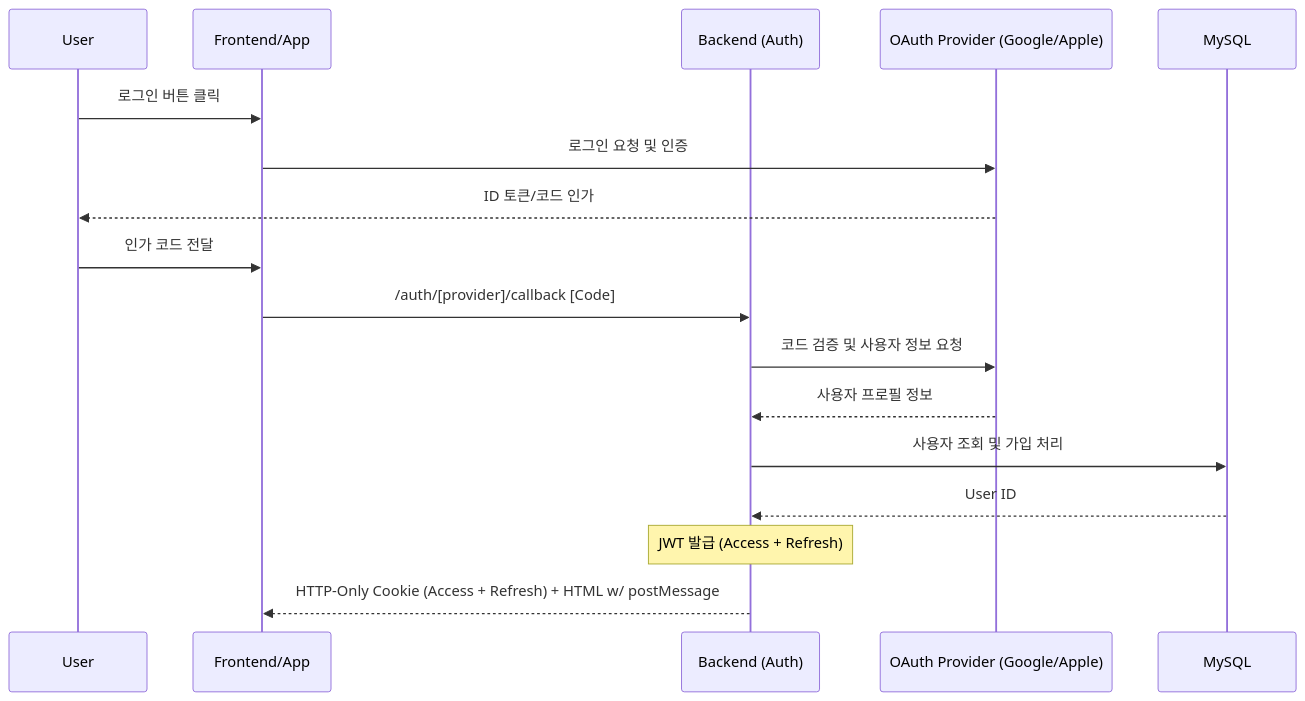
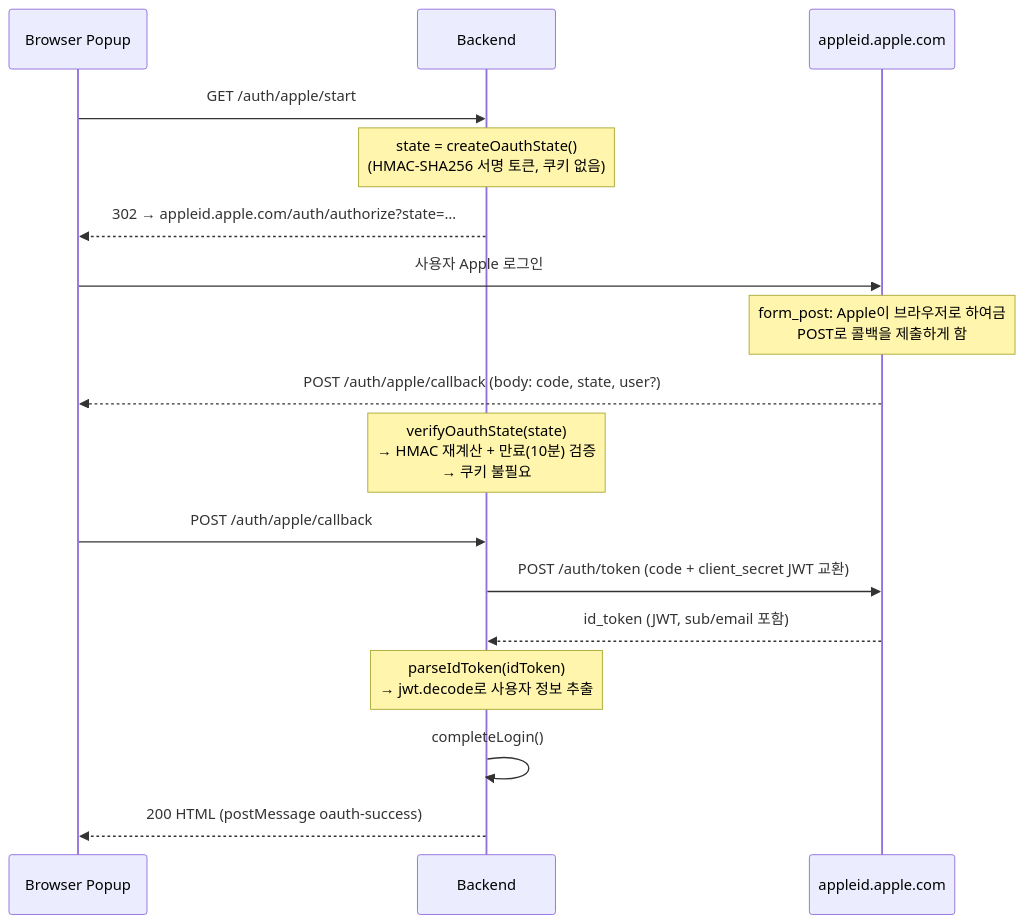
One commit to TACO-FOR-ALL/GraphNode_BE changed the second of 2 diagrams in docs/architecture/AUTH_JWT.md. Above: the diagram before and after it, drawn with Mermaid. The commit also changed other lines of this file and 3 other files, not shown here.

Commit message:
FIX : Apple OAuth 로그인 에러 수정

````diff
--- a/docs/architecture/AUTH_JWT.md
+++ b/docs/architecture/AUTH_JWT.md
@@ -7,23 +100,22 @@
 ```mermaid
 sequenceDiagram
-    participant User
-    participant Client as Frontend/App
-    participant API as Backend (Auth)
-    participant OAuth as OAuth Provider (Google/Apple)
-    participant DB as MySQL
+    participant Popup as Browser Popup
+    participant BE as Backend
+    participant Apple as appleid.apple.com
 
-    User->>Client: 로그인 버튼 클릭
-    Client->>OAuth: 로그인 요청 및 인증
-    OAuth-->>User: ID 토큰/코드 인가
-    User->>Client: 인가 코드 전달
-    Client->>API: /auth/[provider]/callback [Code]
-    
-    API->>OAuth: 코드 검증 및 사용자 정보 요청
-    OAuth-->>API: 사용자 프로필 정보
-    
-    API->>DB: 사용자 조회 및 가입 처리
-    DB-->>API: User ID
-    
-    Note over API: JWT 발급 (Access + Refresh)
-    API-->>Client: HTTP-Only Cookie (Access + Refresh) + HTML w/ postMessage
+    Popup->>BE: GET /auth/apple/start
+    Note over BE: state = createOauthState()<br/>(HMAC-SHA256 서명 토큰, 쿠키 없음)
+    BE-->>Popup: 302 → appleid.apple.com/auth/authorize?state=…
+
+    Popup->>Apple: 사용자 Apple 로그인
+    Note over Apple: form_post: Apple이 브라우저로 하여금<br/>POST로 콜백을 제출하게 함
+    Apple-->>Popup: POST /auth/apple/callback (body: code, state, user?)
+
+    Note over BE: verifyOauthState(state)<br/>→ HMAC 재계산 + 만료(10분) 검증<br/>→ 쿠키 불필요
+    Popup->>BE: POST /auth/apple/callback
+    BE->>Apple: POST /auth/token (code + client_secret JWT 교환)
+    Apple-->>BE: id_token (JWT, sub/email 포함)
+    Note over BE: parseIdToken(idToken)<br/>→ jwt.decode로 사용자 정보 추출
+    BE->>BE: completeLogin()
+    BE-->>Popup: 200 HTML (postMessage oauth-success)
 ```
````
